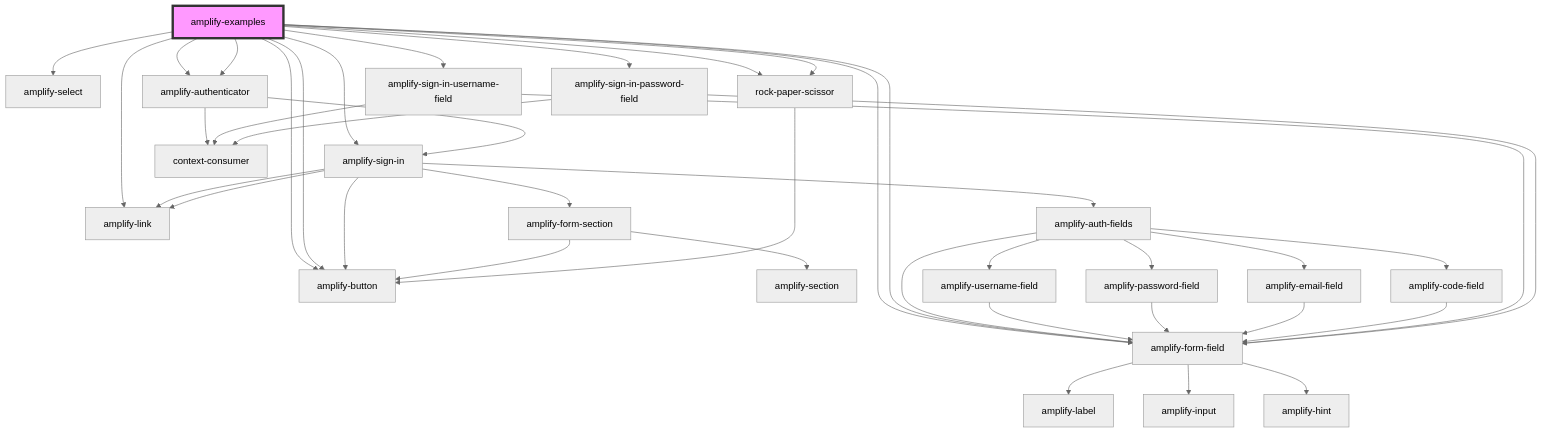
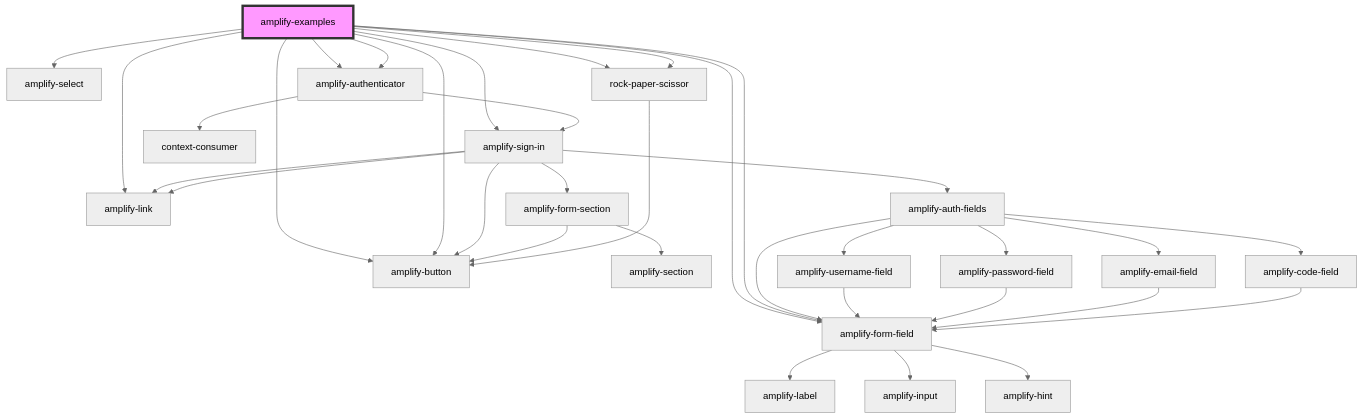
One commit to aws-amplify/amplify-js changed the diagram in packages/amplify-ui-components/src/components/amplify-examples/readme.md. Above: the diagram before and after it, drawn with Mermaid (neutral theme). The commit also changed other lines of this file and 7 other files, not shown here.

````diff
--- a/packages/amplify-ui-components/src/components/amplify-examples/readme.md
+++ b/packages/amplify-ui-components/src/components/amplify-examples/readme.md
@@ -27,43 +25,37 @@
 ```mermaid
 graph TD;
   amplify-examples --> amplify-sign-in
   amplify-examples --> amplify-form-field
   amplify-examples --> amplify-form-field
   amplify-examples --> amplify-select
   amplify-examples --> amplify-button
   amplify-examples --> amplify-link
   amplify-examples --> amplify-authenticator
-  amplify-examples --> amplify-sign-in-username-field
-  amplify-examples --> amplify-sign-in-password-field
   amplify-examples --> amplify-button
   amplify-examples --> amplify-authenticator
   amplify-examples --> rock-paper-scissor
   amplify-examples --> rock-paper-scissor
   amplify-sign-in --> amplify-form-section
   amplify-sign-in --> amplify-auth-fields
   amplify-sign-in --> amplify-link
   amplify-sign-in --> amplify-link
   amplify-sign-in --> amplify-button
   amplify-form-section --> amplify-section
   amplify-form-section --> amplify-button
   amplify-auth-fields --> amplify-username-field
   amplify-auth-fields --> amplify-password-field
   amplify-auth-fields --> amplify-email-field
   amplify-auth-fields --> amplify-code-field
   amplify-auth-fields --> amplify-form-field
   amplify-username-field --> amplify-form-field
   amplify-form-field --> amplify-label
   amplify-form-field --> amplify-input
   amplify-form-field --> amplify-hint
   amplify-password-field --> amplify-form-field
   amplify-email-field --> amplify-form-field
   amplify-code-field --> amplify-form-field
   amplify-authenticator --> amplify-sign-in
   amplify-authenticator --> context-consumer
-  amplify-sign-in-username-field --> amplify-form-field
-  amplify-sign-in-username-field --> context-consumer
-  amplify-sign-in-password-field --> amplify-form-field
-  amplify-sign-in-password-field --> context-consumer
   rock-paper-scissor --> amplify-button
   style amplify-examples fill:#f9f,stroke:#333,stroke-width:4px
 ```
````
